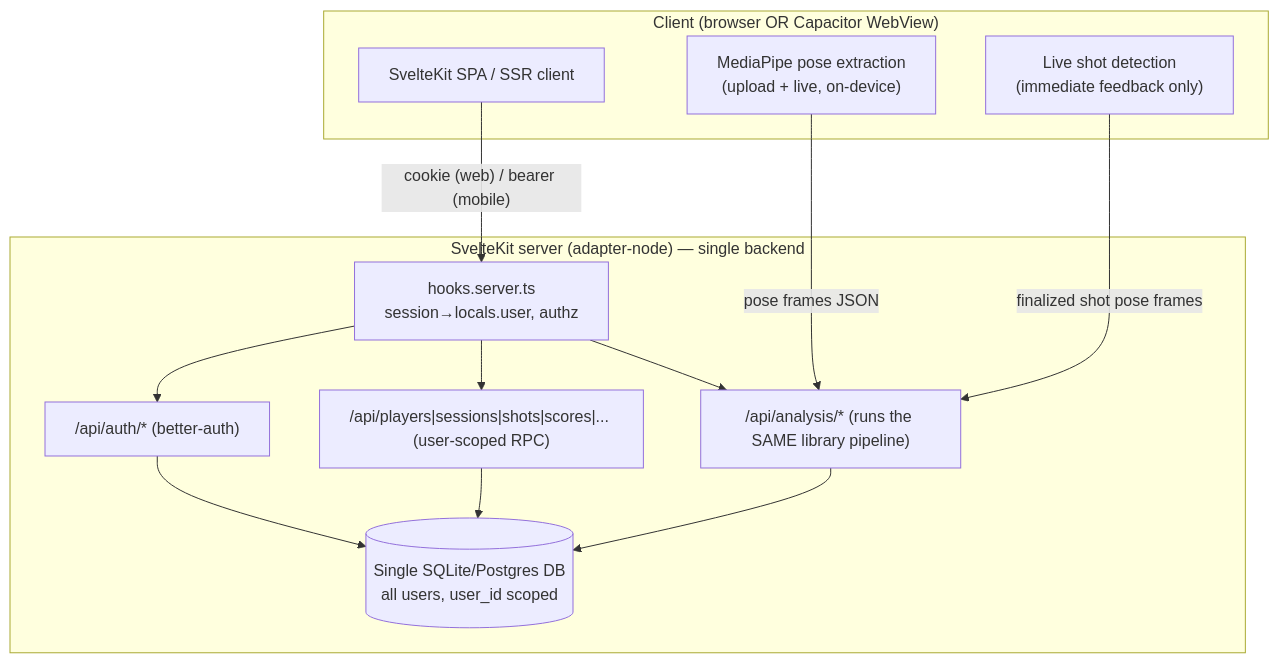
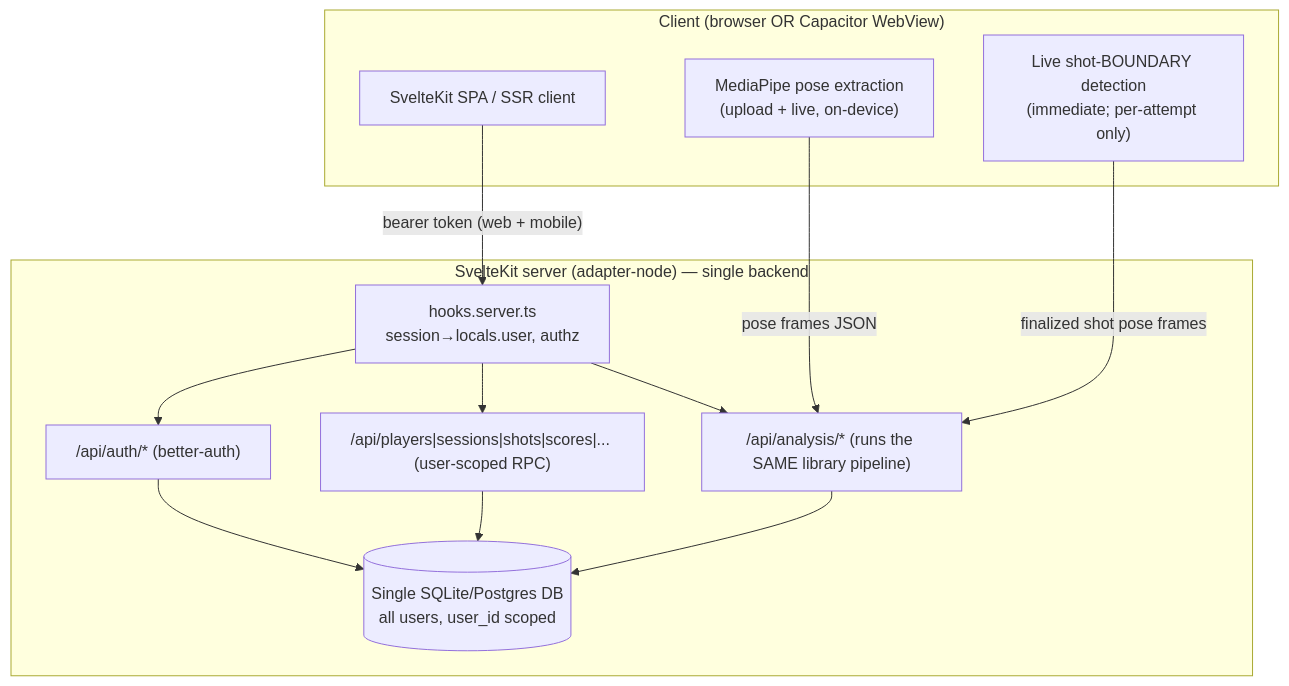
One commit to calinwolf08/shot-analysis changed the diagram in docs/server-migration-plan.md. Above: the diagram before and after it, drawn with Mermaid. The commit also changed other lines of this file and 1 other file, not shown here.

First line of the commit message:
docs: lock in migration decisions — unified bearer auth, live→server analysis

````diff
--- a/docs/server-migration-plan.md
+++ b/docs/server-migration-plan.md
@@ -28,24 +28,24 @@
 ```mermaid
 flowchart TB
   subgraph Client["Client (browser OR Capacitor WebView)"]
     UI["SvelteKit SPA / SSR client"]
     MP["MediaPipe pose extraction<br/>(upload + live, on-device)"]
-    LIVE["Live shot detection<br/>(immediate feedback only)"]
+    LIVE["Live shot-BOUNDARY detection<br/>(immediate; per-attempt only)"]
   end
 
   subgraph Server["SvelteKit server (adapter-node) — single backend"]
     AUTH["/api/auth/*  (better-auth)"]
     DATA["/api/players|sessions|shots|scores|... (user-scoped RPC)"]
     ANALYSIS["/api/analysis/* (runs the SAME library pipeline)"]
     HOOK["hooks.server.ts<br/>session→locals.user, authz"]
     DB[("Single SQLite/Postgres DB<br/>all users, user_id scoped")]
   end
 
-  UI -->|"cookie (web) / bearer (mobile)"| HOOK
+  UI -->|"bearer token (web + mobile)"| HOOK
   MP -->|"pose frames JSON"| ANALYSIS
   LIVE -->|"finalized shot pose frames"| ANALYSIS
   HOOK --> AUTH & DATA & ANALYSIS
   AUTH --> DB
   DATA --> DB
   ANALYSIS --> DB
 ```
````
